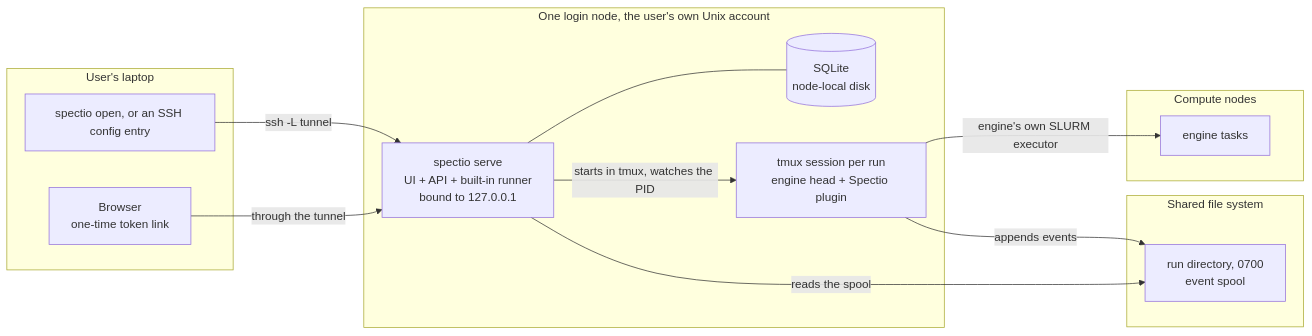
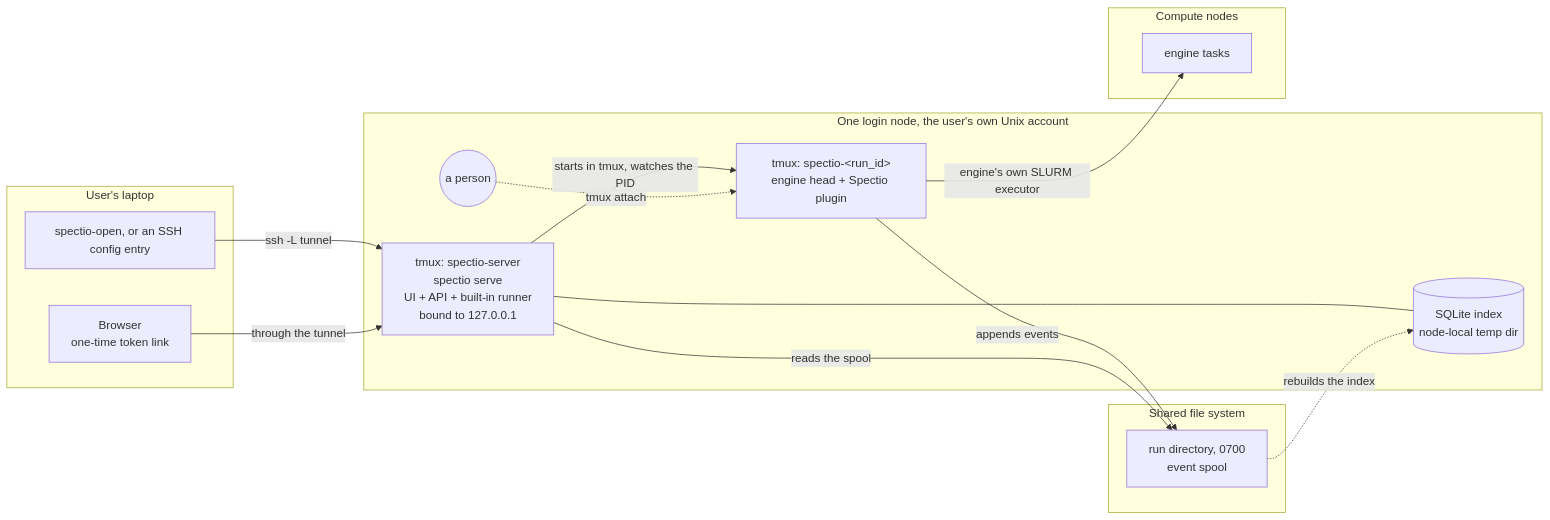
The diagram in docs/specs/dev-environment-and-testing.md (spectio-org/spectio), drawn with Mermaid before and after one commit. The commit also changed other lines of this file and 29 other files, not shown here.

First line of the commit message:
docs(0.0.1): apply the reviews of #47 and the access fixes; SSE kept, SQLite a rebuildable index (#49)

````diff
--- a/docs/specs/dev-environment-and-testing.md
+++ b/docs/specs/dev-environment-and-testing.md
@@ -719,25 +719,28 @@
 ```mermaid
 flowchart LR
   subgraph laptop["User's laptop"]
-    O["spectio open, or an SSH config entry"]
+    O["spectio-open, or an SSH config entry"]
     B["Browser<br/>one-time token link"]
   end
   subgraph login["One login node, the user's own Unix account"]
-    S["spectio serve<br/>UI + API + built-in runner<br/>bound to 127.0.0.1"]
-    DB[("SQLite<br/>node-local disk")]
-    H["tmux session per run<br/>engine head + Spectio plugin"]
+    S["tmux: spectio-server<br/>spectio serve<br/>UI + API + built-in runner<br/>bound to 127.0.0.1"]
+    DB[("SQLite index<br/>node-local temp dir")]
+    H["tmux: spectio-#lt;run_id#gt;<br/>engine head + Spectio plugin"]
+    P(("a person"))
   end
   subgraph shared["Shared file system"]
     R["run directory, 0700<br/>event spool"]
   end
   subgraph compute["Compute nodes"]
     T["engine tasks"]
   end
   O -->|"ssh -L tunnel"| S
   B -->|"through the tunnel"| S
   S --- DB
   S -->|"starts in tmux, watches the PID"| H
+  P -.->|"tmux attach"| H
+  R -.->|"rebuilds the index"| DB
   H -->|"engine's own SLURM executor"| T
   H -->|"appends events"| R
   S -->|"reads the spool"| R
 ```
````
